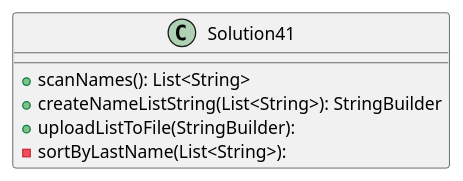
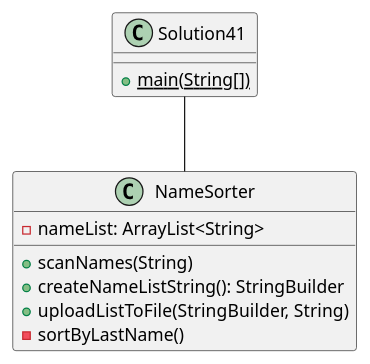
The diagram in exercise41/docs/Solution41UML.puml (MRosario530/rosario-a04), drawn with PlantUML before and after one commit. The commit also changed 5 other files, not shown here.

Commit message:
committing code, UML, and test cases now in a separate class

```diff
--- a/exercise41/docs/Solution41UML.puml
+++ b/exercise41/docs/Solution41UML.puml
@@ -1,12 +1,19 @@
 @startuml
 
 class Solution41 {
+    'methods
+    +main(String[]) {static}
+}
 
+class NameSorter {
+    'attributes
+    -nameList: ArrayList<String>
     'methods
-    +scanNames(): List<String>
-    +createNameListString(List<String>): StringBuilder
-    +uploadListToFile(StringBuilder):
-    -sortByLastName(List<String>):
+    +scanNames(String)
+    +createNameListString(): StringBuilder
+    +uploadListToFile(StringBuilder, String)
+    -sortByLastName()
+}
 
-}
+Solution41 -- NameSorter
 @enduml
```
